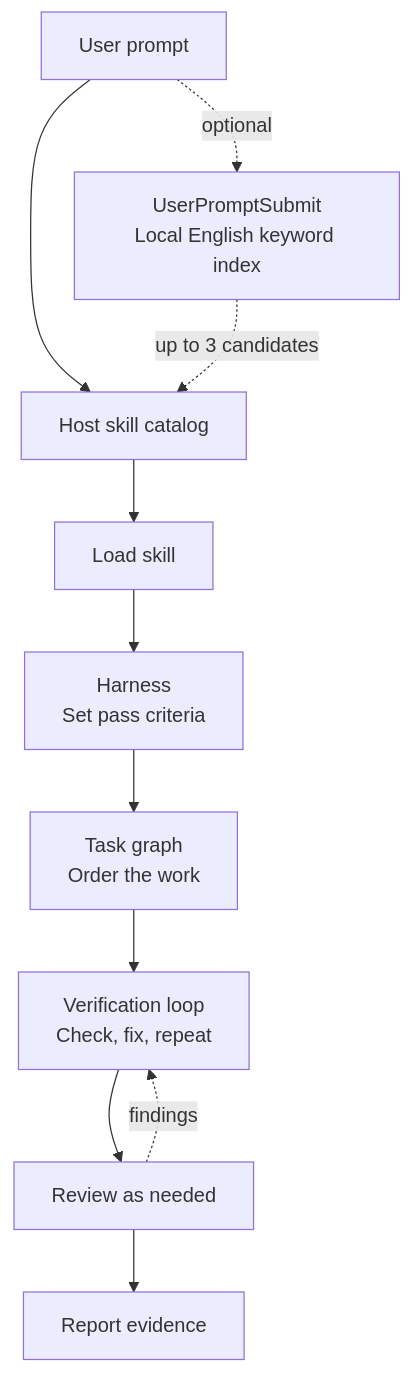
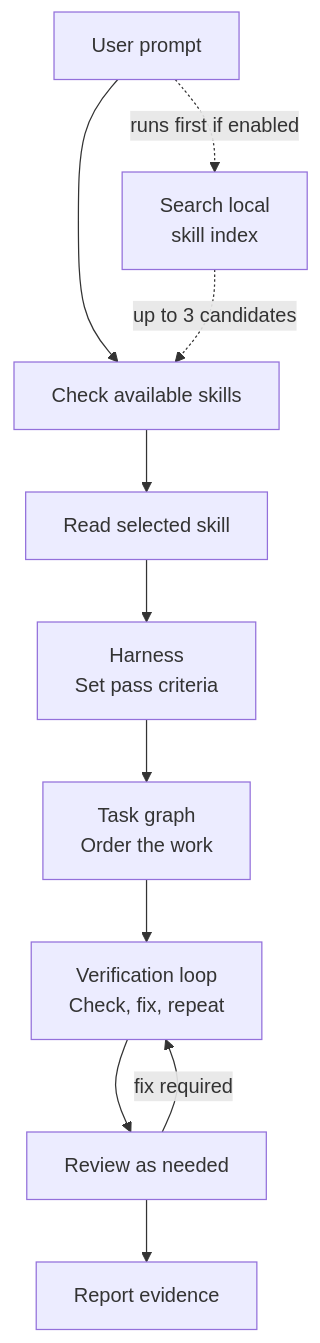
One commit to leejungmin91/engineering-workflow changed the diagram in README.md. Above: the diagram before and after it, drawn with Mermaid. The commit also changed other lines of this file and 2 other files, not shown here.

Commit message:
Clarify the skill index and workflow arrows

````diff
--- a/README.md
+++ b/README.md
@@ -13,13 +17,13 @@
 ```mermaid
 flowchart TB
-    Prompt["User prompt"] --> Catalog["Host skill catalog"]
-    Prompt -. optional .-> Index["UserPromptSubmit<br/>Local English keyword index"]
+    Prompt["User prompt"] --> Catalog["Check available skills"]
+    Prompt -. runs first if enabled .-> Index["Search local<br/>skill index"]
     Index -. up to 3 candidates .-> Catalog
-    Catalog --> Skill["Load skill"]
+    Catalog --> Skill["Read selected skill"]
     Skill --> Harness["Harness<br/>Set pass criteria"]
     Harness --> Graph["Task graph<br/>Order the work"]
     Graph --> Loop["Verification loop<br/>Check, fix, repeat"]
     Loop --> Review["Review as needed"]
-    Review -. findings .-> Loop
+    Review -->|fix required| Loop
     Review --> Report["Report evidence"]
 ```
````
